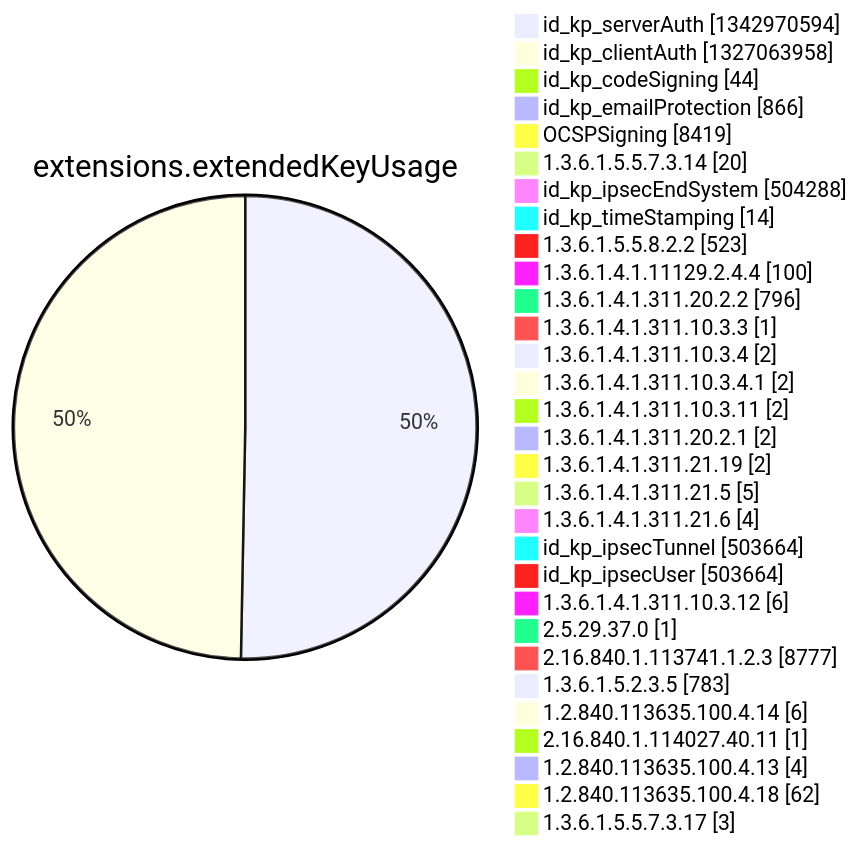
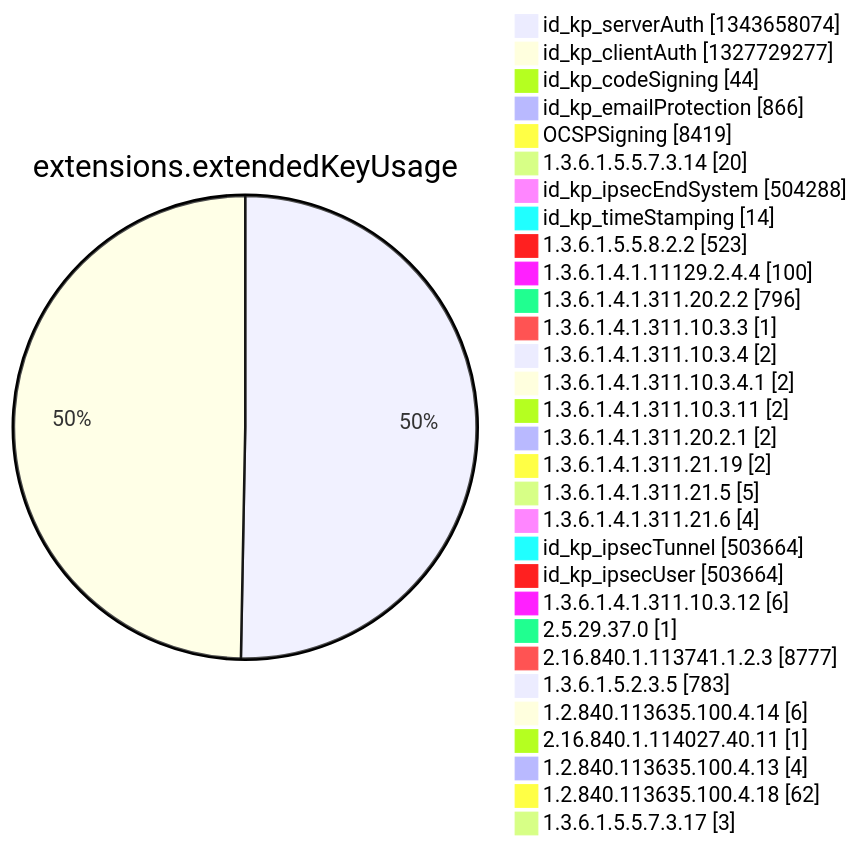
Diagram 12 of 15 in argon2022/README.md (christiankrug/ctmonitor_visualization), drawn with Mermaid before and after one commit. The commit also changed other lines of this file, not shown here.

````diff
--- a/argon2022/README.md
+++ b/argon2022/README.md
@@ -3553,34 +3553,34 @@
 ```mermaid
 pie showData
 title extensions.extendedKeyUsage
-"id_kp_serverAuth" :1342970594
-"id_kp_clientAuth" :1327063958
+"id_kp_serverAuth" :1343658074
+"id_kp_clientAuth" :1327729277
 "id_kp_codeSigning" :44
 "id_kp_emailProtection" :866
 "OCSPSigning" :8419
 "1.3.6.1.5.5.7.3.14" :20
 "id_kp_ipsecEndSystem" :504288
 "id_kp_timeStamping" :14
 "1.3.6.1.5.5.8.2.2" :523
 "1.3.6.1.4.1.11129.2.4.4" :100
 "1.3.6.1.4.1.311.20.2.2" :796
 "1.3.6.1.4.1.311.10.3.3" :1
 "1.3.6.1.4.1.311.10.3.4" :2
 "1.3.6.1.4.1.311.10.3.4.1" :2
 "1.3.6.1.4.1.311.10.3.11" :2
 "1.3.6.1.4.1.311.20.2.1" :2
 "1.3.6.1.4.1.311.21.19" :2
 "1.3.6.1.4.1.311.21.5" :5
 "1.3.6.1.4.1.311.21.6" :4
 "id_kp_ipsecTunnel" :503664
 "id_kp_ipsecUser" :503664
 "1.3.6.1.4.1.311.10.3.12" :6
 "2.5.29.37.0" :1
 "2.16.840.1.113741.1.2.3" :8777
 "1.3.6.1.5.2.3.5" :783
 "1.2.840.113635.100.4.14" :6
 "2.16.840.1.114027.40.11" :1
 "1.2.840.113635.100.4.13" :4
 "1.2.840.113635.100.4.18" :62
 "1.3.6.1.5.5.7.3.17" :3
 ```
````
